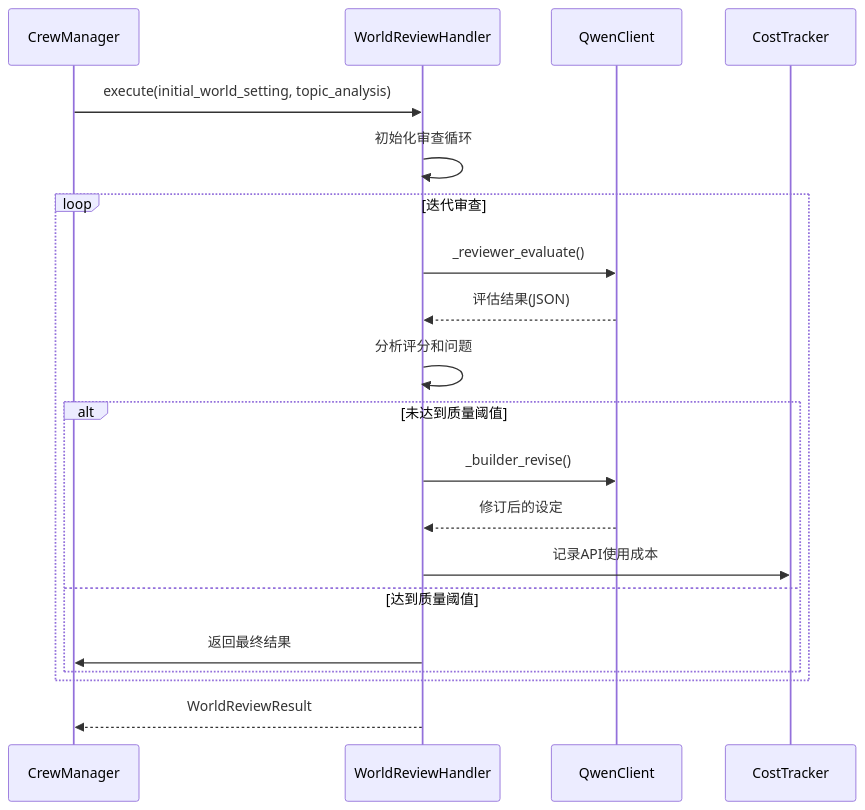
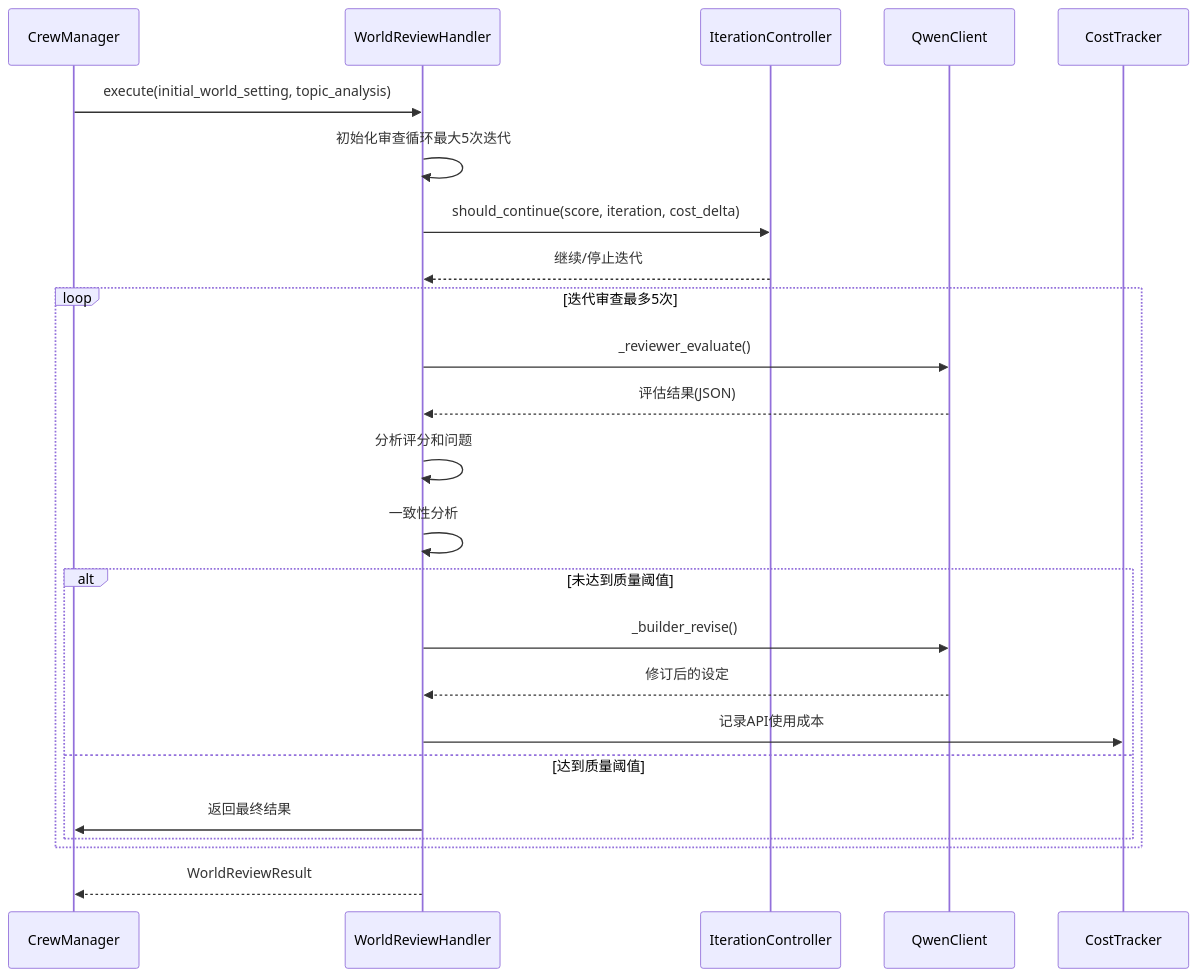
Before and after one commit to xfbyxq/ai-novel-system: the third of 9 diagrams in .qoder/repowiki/zh/content/AI智能体系统/世界设定审查处理器.md, drawn with Mermaid. The commit also changed other lines of this file and 10 other files, not shown here.

````diff
--- a/.qoder/repowiki/zh/content/AI智能体系统/世界设定审查处理器.md
+++ b/.qoder/repowiki/zh/content/AI智能体系统/世界设定审查处理器.md
@@ -134,22 +153,26 @@
 ```mermaid
 sequenceDiagram
 participant CM as CrewManager
 participant WRH as WorldReviewHandler
+participant IC as IterationController
 participant QC as QwenClient
 participant CT as CostTracker
 CM->>WRH : execute(initial_world_setting, topic_analysis)
-WRH->>WRH : 初始化审查循环
-loop 迭代审查
+WRH->>WRH : 初始化审查循环最大5次迭代
+WRH->>IC : should_continue(score, iteration, cost_delta)
+IC-->>WRH : 继续/停止迭代
+loop 迭代审查最多5次
 WRH->>QC : _reviewer_evaluate()
 QC-->>WRH : 评估结果(JSON)
 WRH->>WRH : 分析评分和问题
+WRH->>WRH : 一致性分析
 alt 未达到质量阈值
 WRH->>QC : _builder_revise()
 QC-->>WRH : 修订后的设定
 WRH->>CT : 记录API使用成本
 else 达到质量阈值
 WRH->>CM : 返回最终结果
 end
 end
 WRH-->>CM : WorldReviewResult
 ```
````
